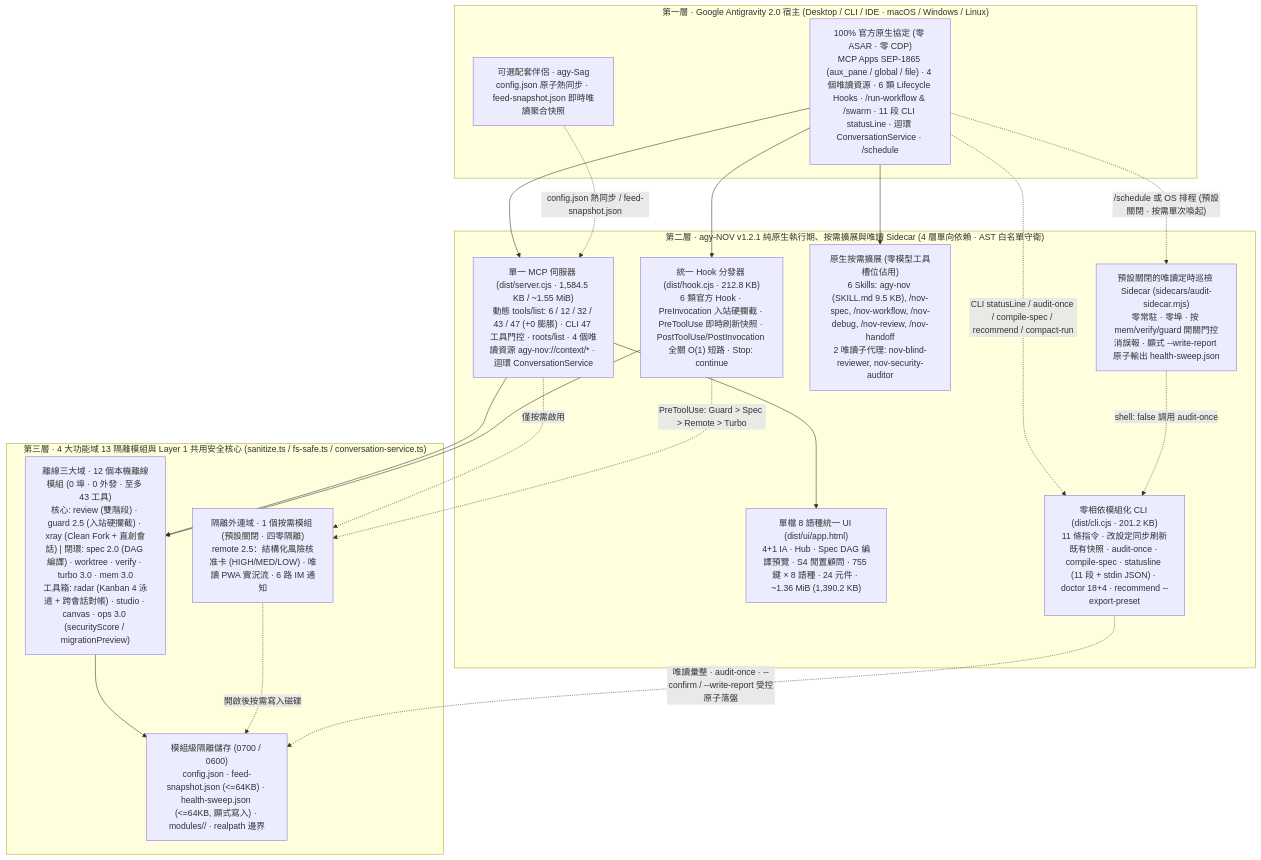
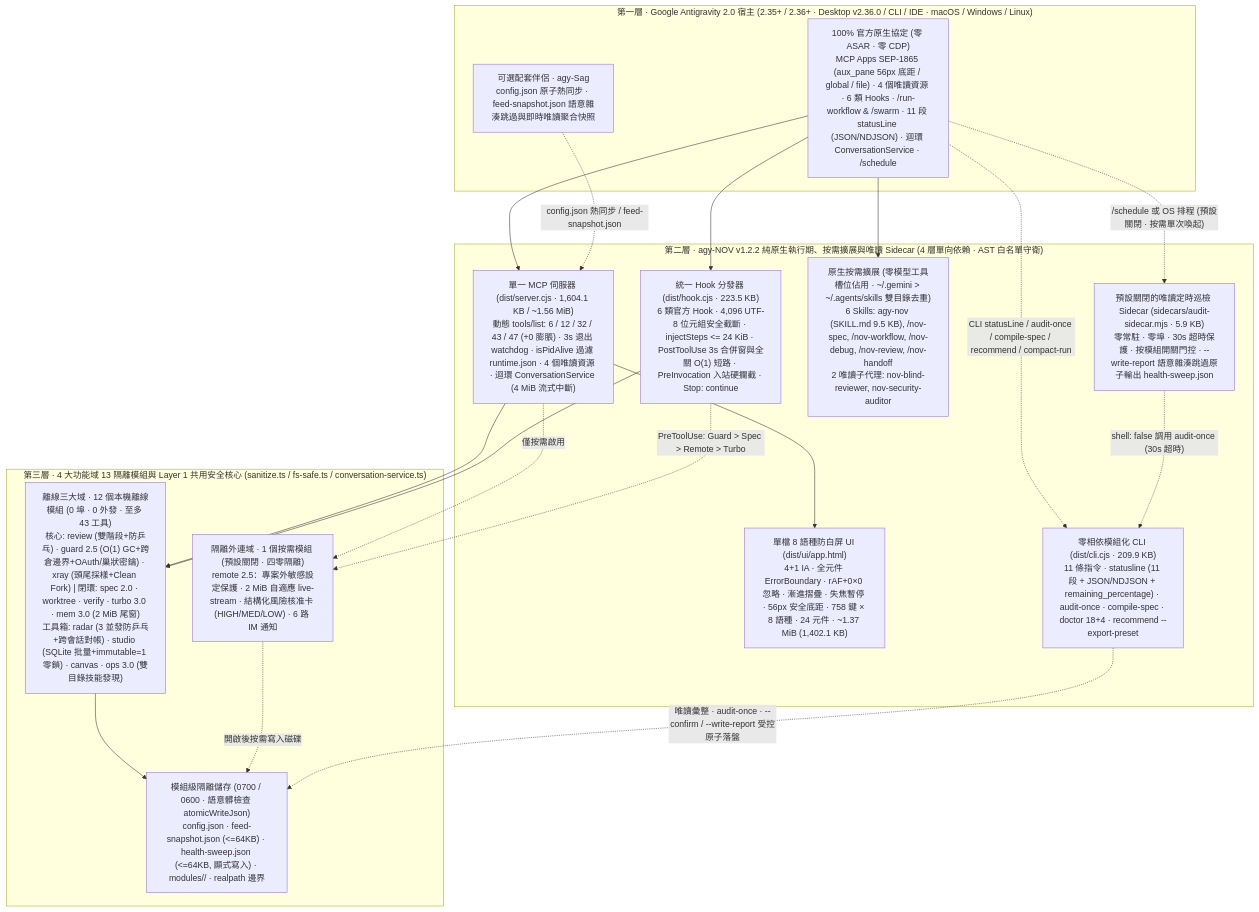
The diagram in docs/i18n/README.zh-TW.md (tone-leh/agy-NOV), drawn with Mermaid before and after one commit. The commit also changed other lines of this file and 96 other files, not shown here.

Commit message:
feat(v1.2.2): extreme-load stability hardening, write-storm suppression & Antigravity v2.36.0 compatibility

````diff
--- a/docs/i18n/README.zh-TW.md
+++ b/docs/i18n/README.zh-TW.md
@@ -268,38 +280,38 @@
 ```mermaid
 flowchart TB
-  subgraph L1["第一層 · Google Antigravity 2.0 宿主 (Desktop / CLI / IDE · macOS / Windows / Linux)"]
-    Host["100% 官方原生協定 (零 ASAR · 零 CDP)\nMCP Apps SEP-1865 (aux_pane / global / file) · 4 個唯讀資源 · 6 類 Lifecycle Hooks · /run-workflow & /swarm · 11 段 CLI statusLine · 迴環 ConversationService · /schedule"]
-    Sag["可選配套伴侶 · agy-Sag\nconfig.json 原子熱同步 · feed-snapshot.json 即時唯讀聚合快照"]
+  subgraph L1["第一層 · Google Antigravity 2.0 宿主 (2.35+ / 2.36+ · Desktop v2.36.0 / CLI / IDE · macOS / Windows / Linux)"]
+    Host["100% 官方原生協定 (零 ASAR · 零 CDP)\nMCP Apps SEP-1865 (aux_pane 56px 底距 / global / file) · 4 個唯讀資源 · 6 類 Hooks · /run-workflow & /swarm · 11 段 statusLine (JSON/NDJSON) · 迴環 ConversationService · /schedule"]
+    Sag["可選配套伴侶 · agy-Sag\nconfig.json 原子熱同步 · feed-snapshot.json 語意雜湊跳過與即時唯讀聚合快照"]
   end
 
-  subgraph L2["第二層 · agy-NOV v1.2.1 純原生執行期、按需擴展與唯讀 Sidecar (4 層單向依賴 · AST 白名單守衛)"]
-    MCP["單一 MCP 伺服器 (dist/server.cjs · 1,584.5 KB / ~1.55 MiB)\n動態 tools/list: 6 / 12 / 32 / 43 / 47 (+0 膨脹) · CLI 47 工具門控 · roots/list · 4 個唯讀資源 agy-nov://context/* · 迴環 ConversationService"]
-    Hook["統一 Hook 分發器 (dist/hook.cjs · 212.8 KB)\n6 類官方 Hook · PreInvocation 入站硬攔截 · PreToolUse 即時刷新快照 · PostToolUse/PostInvocation 全關 O(1) 短路 · Stop: continue"]
-    UI["單檔 8 語種統一 UI (dist/ui/app.html)\n4+1 IA · Hub · Spec DAG 編譯預覽 · S4 閒置顧問 · 755 鍵 × 8 語種 · 24 元件 · ~1.36 MiB (1,390.2 KB)"]
-    Ext["原生按需擴展 (零模型工具槽位佔用)\n6 Skills: agy-nov (SKILL.md 9.5 KB), /nov-spec, /nov-workflow, /nov-debug, /nov-review, /nov-handoff\n2 唯讀子代理: nov-blind-reviewer, nov-security-auditor"]
-    CLI["零相依模組化 CLI (dist/cli.cjs · 201.2 KB)\n11 條指令 · 改設定同步刷新既有快照 · audit-once · compile-spec · statusline (11 段 + stdin JSON) · doctor 18+4 · recommend --export-preset"]
-    Sidecar["預設關閉的唯讀定時巡檢 Sidecar (sidecars/audit-sidecar.mjs)\n零常駐 · 零埠 · 按 mem/verify/guard 開關門控消誤報 · 顯式 --write-report 原子輸出 health-sweep.json"]
+  subgraph L2["第二層 · agy-NOV v1.2.2 純原生執行期、按需擴展與唯讀 Sidecar (4 層單向依賴 · AST 白名單守衛)"]
+    MCP["單一 MCP 伺服器 (dist/server.cjs · 1,604.1 KB / ~1.56 MiB)\n動態 tools/list: 6 / 12 / 32 / 43 / 47 (+0 膨脹) · 3s 退出 watchdog · isPidAlive 過濾 runtime.json · 4 個唯讀資源 · 迴環 ConversationService (4 MiB 流式中斷)"]
+    Hook["統一 Hook 分發器 (dist/hook.cjs · 223.5 KB)\n6 類官方 Hook · 4,096 UTF-8 位元組安全截斷 · injectSteps <= 24 KiB · PostToolUse 3s 合併窗與全關 O(1) 短路 · PreInvocation 入站硬攔截 · Stop: continue"]
+    UI["單檔 8 語種防白屏 UI (dist/ui/app.html)\n4+1 IA · 全元件 ErrorBoundary · rAF+0×0 忽略 · 漸進摺疊 · 失焦暫停 · 56px 安全底距 · 758 鍵 × 8 語種 · 24 元件 · ~1.37 MiB (1,402.1 KB)"]
+    Ext["原生按需擴展 (零模型工具槽位佔用 · ~/.gemini > ~/.agents/skills 雙目錄去重)\n6 Skills: agy-nov (SKILL.md 9.5 KB), /nov-spec, /nov-workflow, /nov-debug, /nov-review, /nov-handoff\n2 唯讀子代理: nov-blind-reviewer, nov-security-auditor"]
+    CLI["零相依模組化 CLI (dist/cli.cjs · 209.9 KB)\n11 條指令 · statusline (11 段 + JSON/NDJSON + remaining_percentage) · audit-once · compile-spec · doctor 18+4 · recommend --export-preset"]
+    Sidecar["預設關閉的唯讀定時巡檢 Sidecar (sidecars/audit-sidecar.mjs · 5.9 KB)\n零常駐 · 零埠 · 30s 超時保護 · 按模組開關門控 · --write-report 語意雜湊跳過原子輸出 health-sweep.json"]
   end
 
   subgraph L3["第三層 · 4 大功能域 13 隔離模組與 Layer 1 共用安全核心 (sanitize.ts / fs-safe.ts / conversation-service.ts)"]
-    T1["離線三大域 · 12 個本機離線模組 (0 埠 · 0 外發 · 至多 43 工具)\n核心: review (雙階段) · guard 2.5 (入站硬攔截) · xray (Clean Fork + 直創會話) | 閉環: spec 2.0 (DAG 編譯) · worktree · verify · turbo 3.0 · mem 3.0\n工具箱: radar (Kanban 4 泳道 + 跨會話對帳) · studio · canvas · ops 3.0 (securityScore / migrationPreview)"]
-    T2R["隔離外連域 · 1 個按需模組 (預設關閉 · 四零隔離)\nremote 2.5：結構化風險核准卡 (HIGH/MED/LOW) · 唯讀 PWA 實況流 · 6 路 IM 通知"]
-    Store["模組級隔離儲存 (0700 / 0600)\nconfig.json · feed-snapshot.json (<=64KB) · health-sweep.json (<=64KB, 顯式寫入) · modules/<id>/ · realpath 邊界"]
+    T1["離線三大域 · 12 個本機離線模組 (0 埠 · 0 外發 · 至多 43 工具)\n核心: review (雙階段+防乒乓) · guard 2.5 (O(1) GC+跨倉邊界+OAuth/巢狀密鑰) · xray (頭尾採樣+Clean Fork) | 閉環: spec 2.0 · worktree · verify · turbo 3.0 · mem 3.0 (2 MiB 尾窗)\n工具箱: radar (3 並發防乒乓+跨會話對帳) · studio (SQLite 批量+immutable=1 零鎖) · canvas · ops 3.0 (雙目錄技能發現)"]
+    T2R["隔離外連域 · 1 個按需模組 (預設關閉 · 四零隔離)\nremote 2.5：專案外敏感設定保護 · 2 MiB 自適應 live-stream · 結構化風險核准卡 (HIGH/MED/LOW) · 6 路 IM 通知"]
+    Store["模組級隔離儲存 (0700 / 0600 · 語意髒檢查 atomicWriteJson)\nconfig.json · feed-snapshot.json (<=64KB) · health-sweep.json (<=64KB, 顯式寫入) · modules/<id>/ · realpath 邊界"]
   end
 
   Host --> MCP
   Host --> Hook
   Host --> Ext
   Host -. "CLI statusLine / audit-once / compile-spec / recommend / compact-run" .-> CLI
   Host -. "/schedule 或 OS 排程 (預設關閉 · 按需單次喚起)" .-> Sidecar
-  Sidecar -. "shell: false 調用 audit-once" .-> CLI
+  Sidecar -. "shell: false 調用 audit-once (30s 超時)" .-> CLI
   Sag -. "config.json 熱同步 / feed-snapshot.json" .-> MCP
   MCP --> UI
   MCP --> T1
   MCP -. "僅按需啟用" .-> T2R
   Hook --> T1
   Hook -. "PreToolUse: Guard > Spec > Remote > Turbo" .-> T2R
   T1 --> Store
   T2R -. "開啟後按需寫入磁碟" .-> Store
   CLI -. "唯讀彙整 · audit-once · --confirm / --write-report 受控原子落盤" .-> Store
 ```
````
